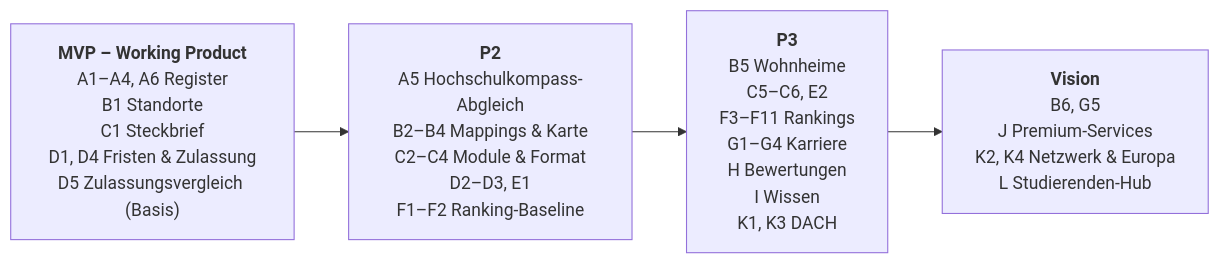
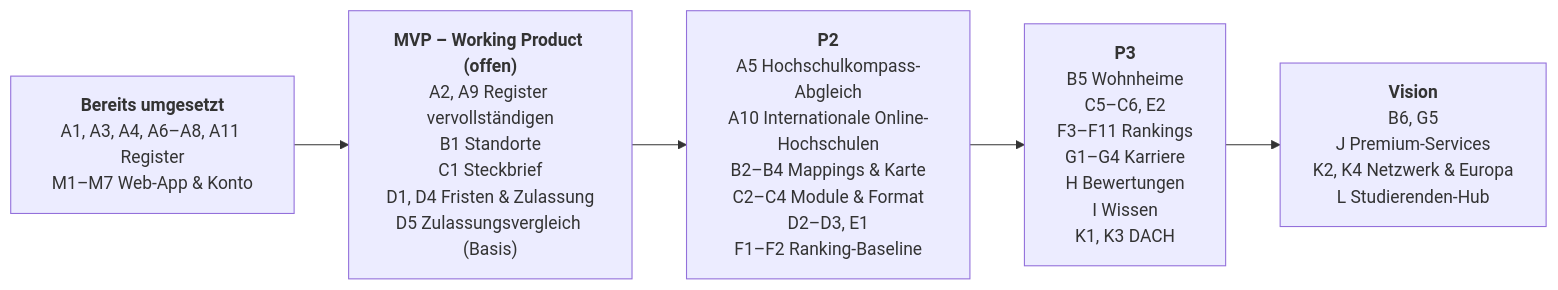
The diagram in docs/feature-katalog.md (lassegermer486-lgtm/Pathly), drawn with Mermaid before and after one commit. The commit also changed other lines of this file, not shown here.

Commit message:
Feature-Katalog auf Stand 04.11.2026: Status, Web-App und Scraper v1.3 ergänzt

````diff
--- a/docs/feature-katalog.md
+++ b/docs/feature-katalog.md
@@ -618,8 +694,9 @@
 ```mermaid
 flowchart LR
-    MVP["<b>MVP – Working Product</b><br/>A1–A4, A6 Register<br/>B1 Standorte<br/>C1 Steckbrief<br/>D1, D4 Fristen & Zulassung<br/>D5 Zulassungsvergleich (Basis)"]
-    P2["<b>P2</b><br/>A5 Hochschulkompass-Abgleich<br/>B2–B4 Mappings & Karte<br/>C2–C4 Module & Format<br/>D2–D3, E1<br/>F1–F2 Ranking-Baseline"]
+    LIVE["<b>Bereits umgesetzt</b><br/>A1, A3, A4, A6–A8, A11 Register<br/>M1–M7 Web-App & Konto"]
+    MVP["<b>MVP – Working Product (offen)</b><br/>A2, A9 Register vervollständigen<br/>B1 Standorte<br/>C1 Steckbrief<br/>D1, D4 Fristen & Zulassung<br/>D5 Zulassungsvergleich (Basis)"]
+    P2["<b>P2</b><br/>A5 Hochschulkompass-Abgleich<br/>A10 Internationale Online-Hochschulen<br/>B2–B4 Mappings & Karte<br/>C2–C4 Module & Format<br/>D2–D3, E1<br/>F1–F2 Ranking-Baseline"]
     P3["<b>P3</b><br/>B5 Wohnheime<br/>C5–C6, E2<br/>F3–F11 Rankings<br/>G1–G4 Karriere<br/>H Bewertungen<br/>I Wissen<br/>K1, K3 DACH"]
     V["<b>Vision</b><br/>B6, G5<br/>J Premium-Services<br/>K2, K4 Netzwerk & Europa<br/>L Studierenden-Hub"]
-    MVP --> P2 --> P3 --> V
+    LIVE --> MVP --> P2 --> P3 --> V
 ```
````
